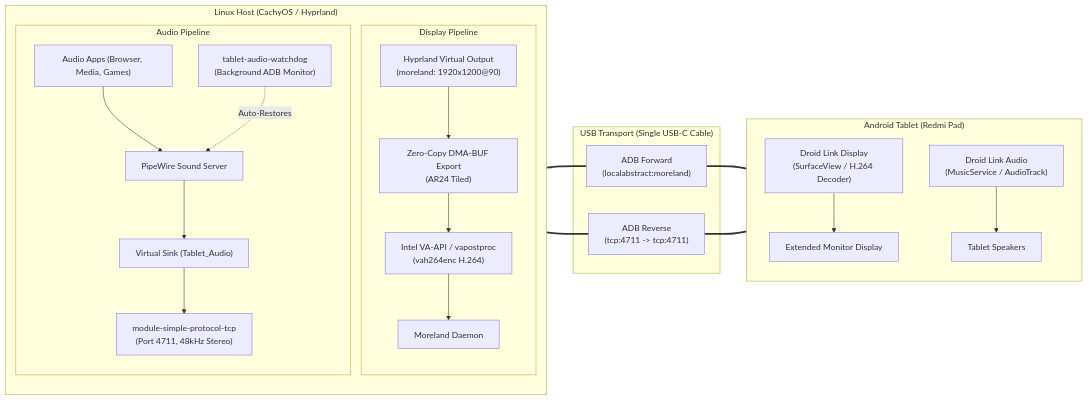
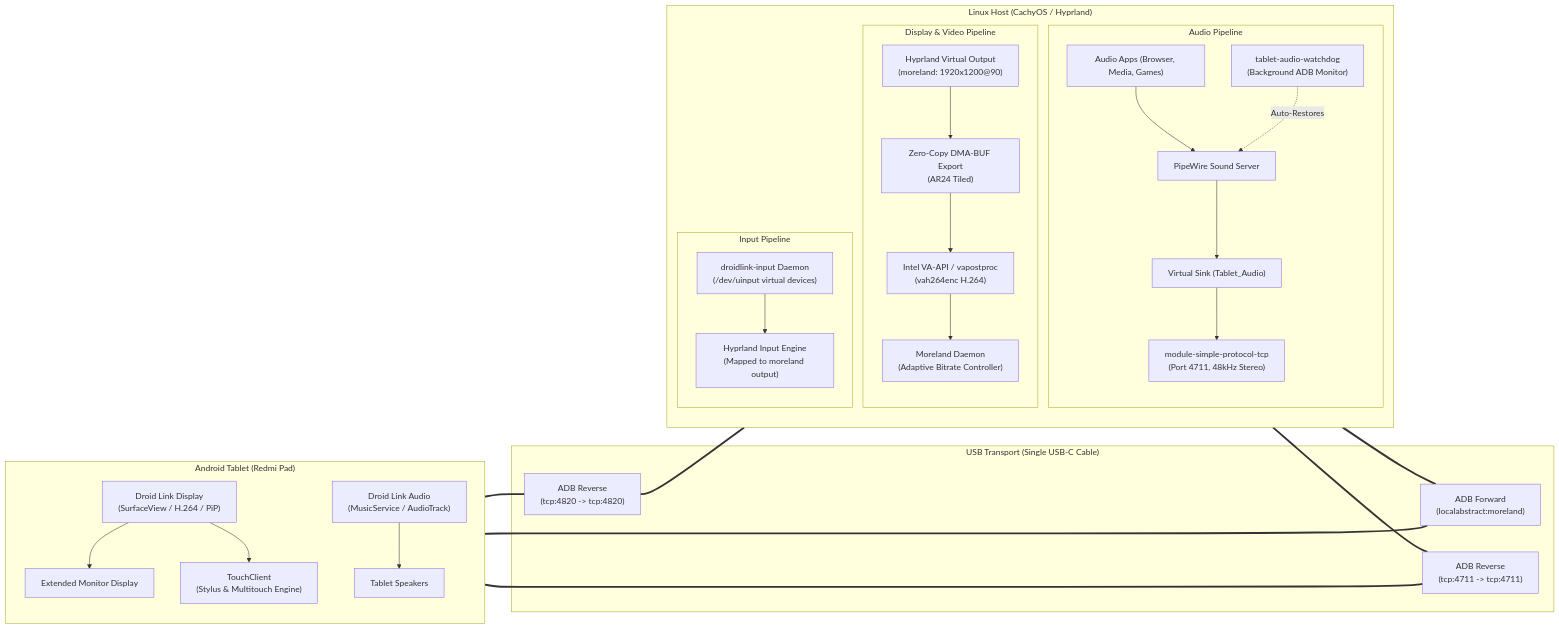
One commit to Rayhan-099/droid-link changed the diagram in README.md. Above: the diagram before and after it, drawn with Mermaid. The commit also changed other lines of this file and 27 other files, not shown here.

First line of the commit message:
feat: Add Wayland touch/stylus input, Waybar controls, multi-device discovery, and adaptive bitrate

````diff
--- a/README.md
+++ b/README.md
@@ -27,42 +31,52 @@
 ```mermaid
 flowchart LR
     subgraph Host["Linux Host (CachyOS / Hyprland)"]
         direction TB
-        subgraph DisplaySubsystem["Display Pipeline"]
+        subgraph DisplaySubsystem["Display & Video Pipeline"]
             H_Disp["Hyprland Virtual Output\n(moreland: 1920x1200@90)"]
             DMABUF["Zero-Copy DMA-BUF Export\n(AR24 Tiled)"]
             VA["Intel VA-API / vapostproc\n(vah264enc H.264)"]
-            MorelandHost["Moreland Daemon"]
+            MorelandHost["Moreland Daemon\n(Adaptive Bitrate Controller)"]
             H_Disp --> DMABUF --> VA --> MorelandHost
         end
 
         subgraph AudioSubsystem["Audio Pipeline"]
             Apps["Audio Apps (Browser, Media, Games)"]
             PW["PipeWire Sound Server"]
             Sink["Virtual Sink (Tablet_Audio)"]
             SimpleTCP["module-simple-protocol-tcp\n(Port 4711, 48kHz Stereo)"]
             Watchdog["tablet-audio-watchdog\n(Background ADB Monitor)"]
             Apps --> PW --> Sink --> SimpleTCP
             Watchdog -. Auto-Restores .-> PW
         end
+
+        subgraph InputSubsystem["Input Pipeline"]
+            UInput["droidlink-input Daemon\n(/dev/uinput virtual devices)"]
+            HyprInput["Hyprland Input Engine\n(Mapped to moreland output)"]
+            UInput --> HyprInput
+        end
     end
 
     subgraph USB["USB Transport (Single USB-C Cable)"]
         ADB_Fwd["ADB Forward\n(localabstract:moreland)"]
         ADB_Rev["ADB Reverse\n(tcp:4711 -> tcp:4711)"]
+        ADB_Inp["ADB Reverse\n(tcp:4820 -> tcp:4820)"]
     end
 
     subgraph Tablet["Android Tablet (Redmi Pad)"]
         direction TB
-        DisplayApp["Droid Link Display\n(SurfaceView / H.264 Decoder)"]
+        DisplayApp["Droid Link Display\n(SurfaceView / H.264 / PiP)"]
+        TouchClient["TouchClient\n(Stylus & Multitouch Engine)"]
         AudioApp["Droid Link Audio\n(MusicService / AudioTrack)"]
         Screen["Extended Monitor Display"]
         Speakers["Tablet Speakers"]
 
         DisplayApp --> Screen
+        DisplayApp --> TouchClient
         AudioApp --> Speakers
     end
 
     MorelandHost === ADB_Fwd === DisplayApp
+    TouchClient === ADB_Inp === UInput
     SimpleTCP === ADB_Rev === AudioApp
 ```
````
